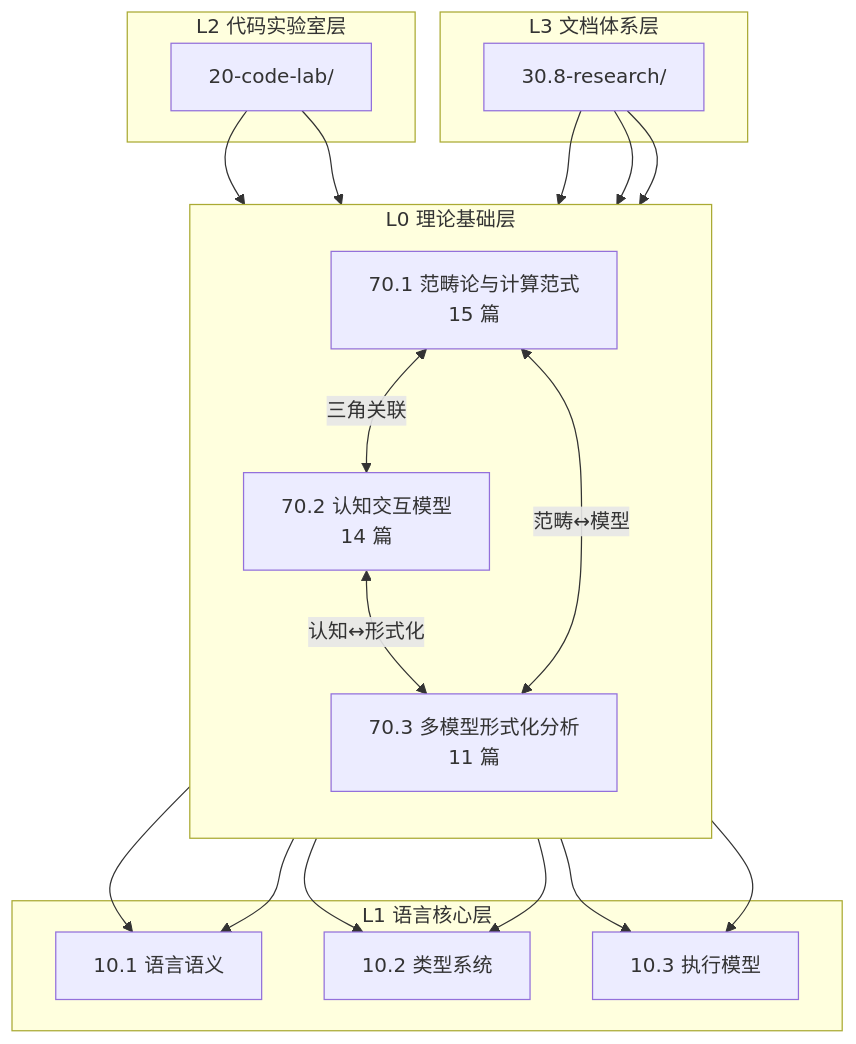
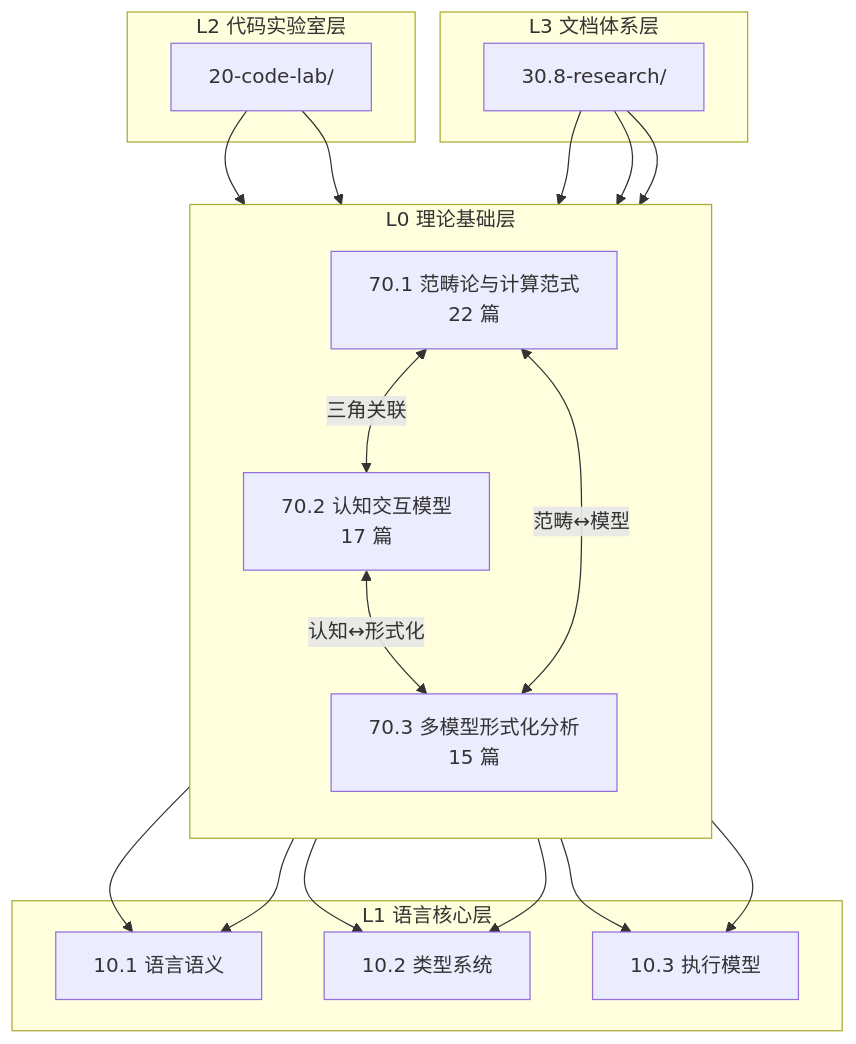
Before and after one commit to AdaMartin18010/JavaScriptTypeScript: the first of 9 diagrams in 70-theoretical-foundations/KNOWLEDGE_GRAPH.md, drawn with Mermaid. The commit also changed other lines of this file and 64 other files, not shown here.

````diff
--- a/70-theoretical-foundations/KNOWLEDGE_GRAPH.md
+++ b/70-theoretical-foundations/KNOWLEDGE_GRAPH.md
@@ -10,39 +10,39 @@
 ```mermaid
 graph TB
     subgraph L0["L0 理论基础层"]
         direction TB
-        701["70.1 范畴论与计算范式<br/>15 篇"]
-        702["70.2 认知交互模型<br/>14 篇"]
-        703["70.3 多模型形式化分析<br/>11 篇"]
+        701["70.1 范畴论与计算范式<br/>22 篇"]
+        702["70.2 认知交互模型<br/>17 篇"]
+        703["70.3 多模型形式化分析<br/>15 篇"]
     end
 
     subgraph L1["L1 语言核心层"]
         101["10.1 语言语义"]
         102["10.2 类型系统"]
         103["10.3 执行模型"]
     end
 
     subgraph L2["L2 代码实验室层"]
         201["20-code-lab/"]
     end
 
     subgraph L3["L3 文档体系层"]
         308["30.8-research/"]
     end
 
     701 --> 101
     701 --> 102
     702 --> 103
     703 --> 101
     703 --> 102
     703 --> 103
     201 --> 701
     201 --> 702
     308 --> 701
     308 --> 702
     308 --> 703
 
     701 <-->|"三角关联"| 702
     702 <-->|"认知↔形式化"| 703
     703 <-->|"范畴↔模型"| 701
 ```
````
